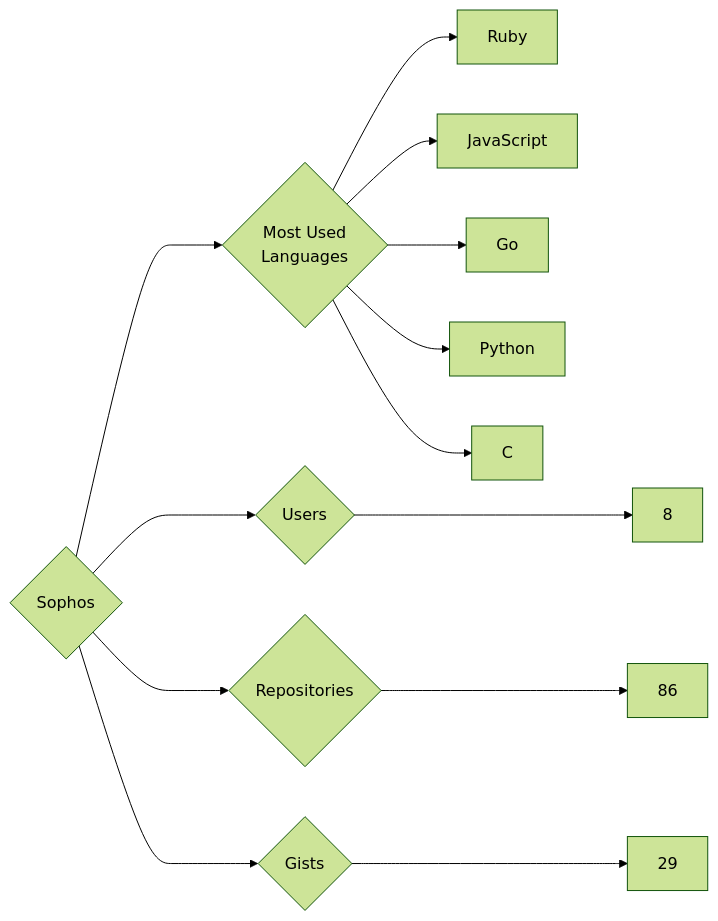
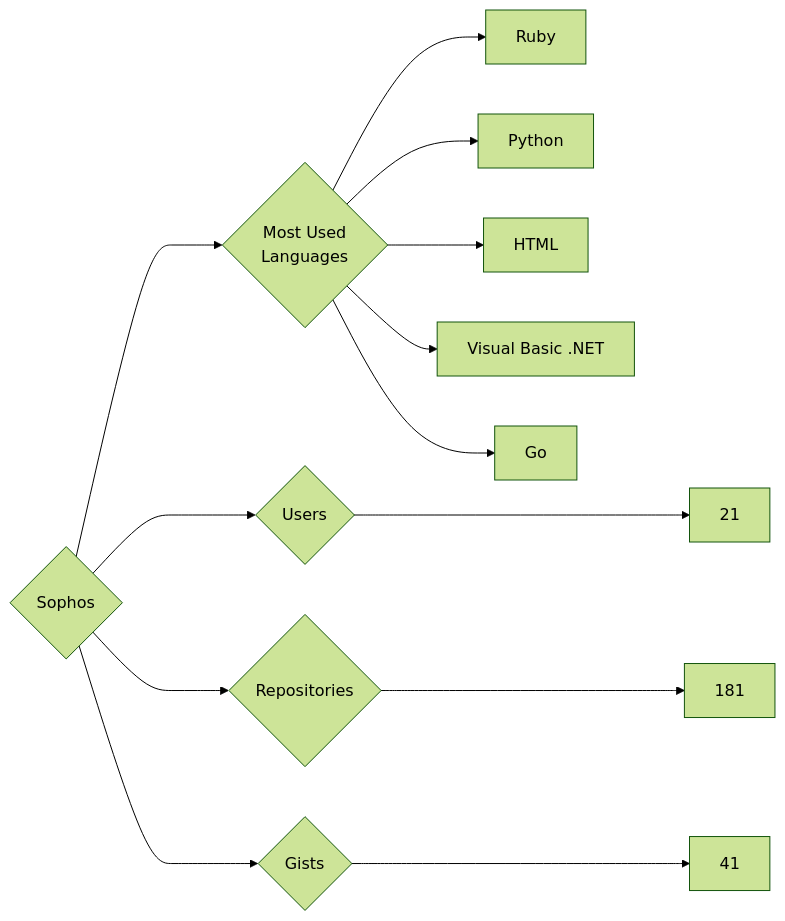
The diagram in targets/Sophos/README.md (trickest/insiders), drawn with Mermaid (forest theme) before and after one commit. The commit also changed 928 other files, not shown here.

````diff
--- a/targets/Sophos/README.md
+++ b/targets/Sophos/README.md
@@ -3,13 +3,13 @@
 ```mermaid
 graph LR
 COMPANY_NAME{Sophos}
-COMPANY_NAME ---> U{Users} ---> UN[8]
-COMPANY_NAME ---> R{Repositories} ---> RN[86]
-COMPANY_NAME ---> G{Gists} ---> GN[29]
+COMPANY_NAME ---> U{Users} ---> UN[21]
+COMPANY_NAME ---> R{Repositories} ---> RN[181]
+COMPANY_NAME ---> G{Gists} ---> GN[41]
 COMPANY_NAME ---> ML{Most Used<br>Languages}
 ML --> Ruby[Ruby]
-ML --> JavaScript[JavaScript]
+ML --> Python[Python]
+ML --> HTML[HTML]
+ML --> Visual_Basic_.NET[Visual Basic .NET]
 ML --> Go[Go]
-ML --> Python[Python]
-ML --> C[C]
 ```
````
